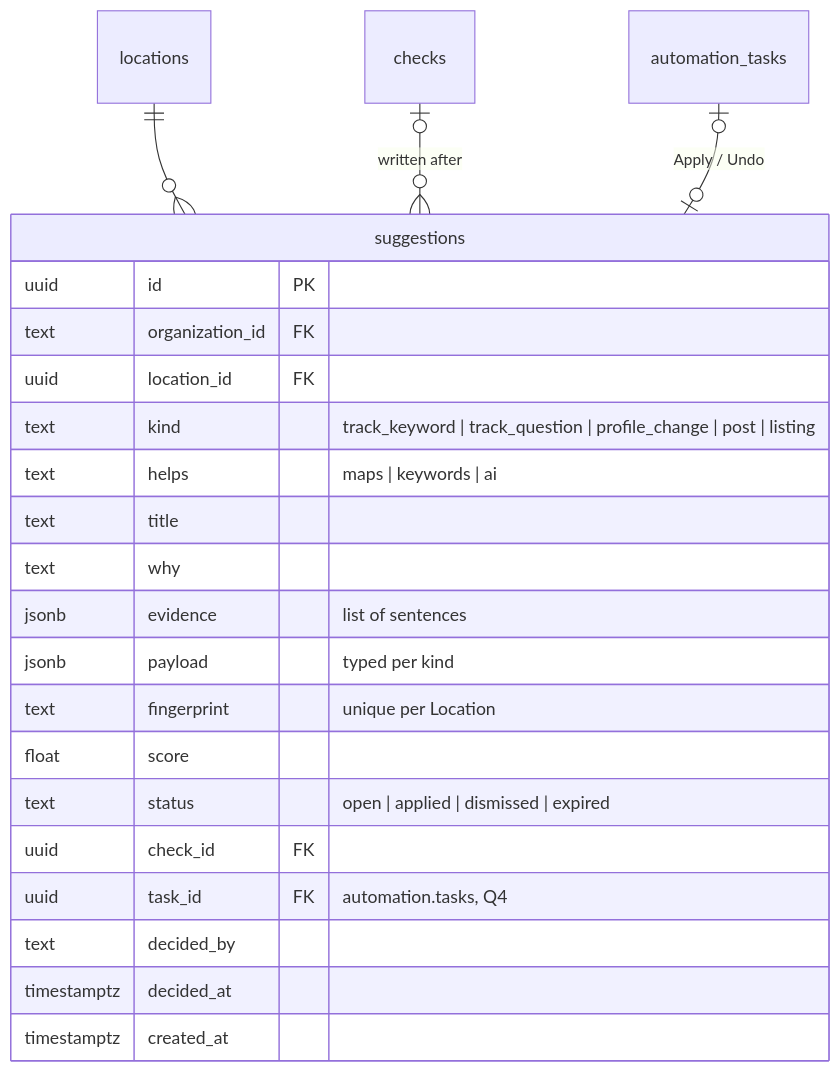
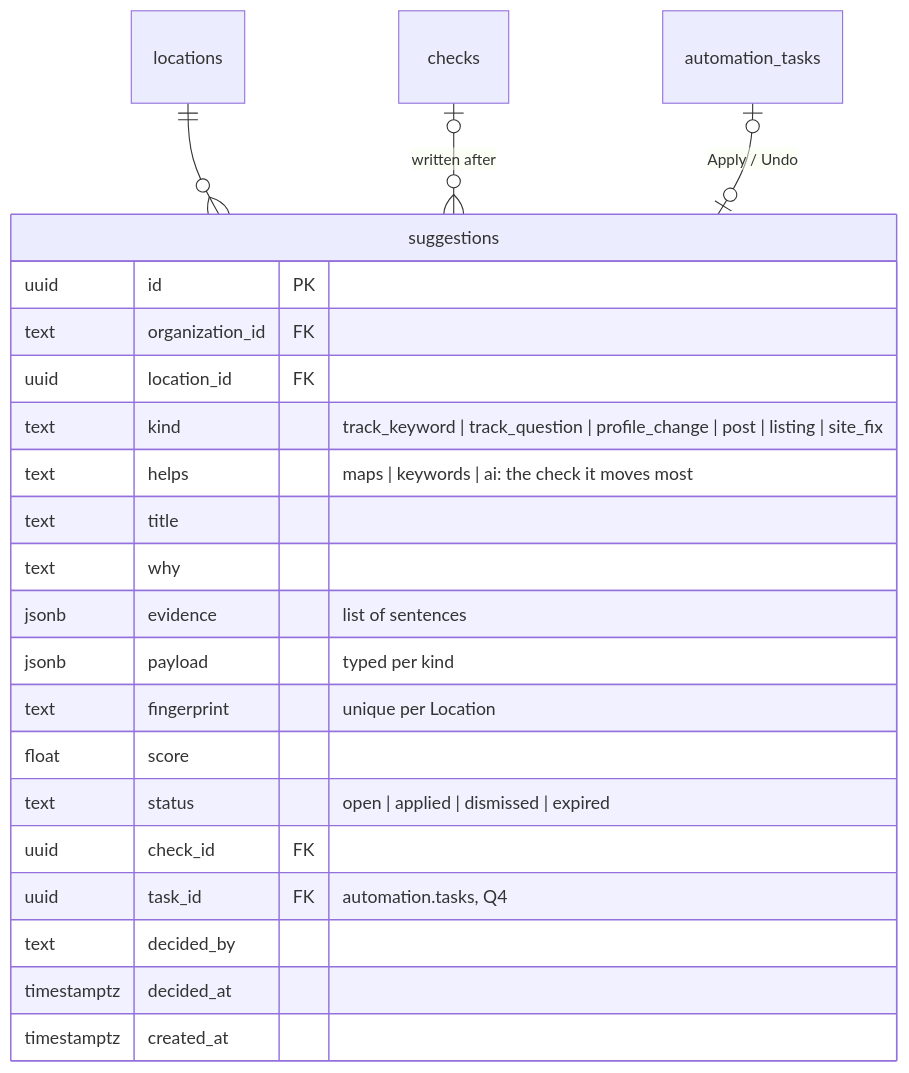
Before and after one commit to azizali/openmarko: the ninth of 10 diagrams in docs/features/seo/data-model.md, drawn with Mermaid. The commit also changed other lines of this file and 42 other files, not shown here.

````diff
--- a/docs/features/seo/data-model.md
+++ b/docs/features/seo/data-model.md
@@ -388,26 +432,26 @@
 ```mermaid
 erDiagram
     locations ||--o{ suggestions : ""
     checks |o--o{ suggestions : "written after"
     automation_tasks |o--o| suggestions : "Apply / Undo"
 
     suggestions {
         uuid id PK
         text organization_id FK
         uuid location_id FK
-        text kind "track_keyword | track_question | profile_change | post | listing"
-        text helps "maps | keywords | ai"
+        text kind "track_keyword | track_question | profile_change | post | listing | site_fix"
+        text helps "maps | keywords | ai: the check it moves most"
         text title
         text why
         jsonb evidence "list of sentences"
         jsonb payload "typed per kind"
         text fingerprint "unique per Location"
         float score
         text status "open | applied | dismissed | expired"
         uuid check_id FK
         uuid task_id FK "automation.tasks, Q4"
         text decided_by
         timestamptz decided_at
         timestamptz created_at
     }
 ```
````
